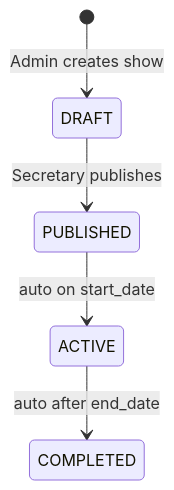
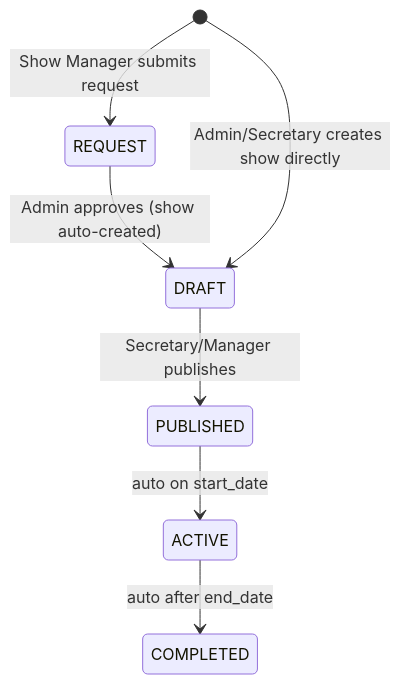
One commit to dhuber24/horse-show-results-app changed the second of 4 diagrams in Claude.md. Above: the diagram before and after it, drawn with Mermaid. The commit also changed other lines of this file and 37 other files, not shown here.

First line of the commit message:
Add Show Manager role, show request workflow, and APHA certification lookup

````diff
--- a/Claude.md
+++ b/Claude.md
@@ -220,7 +244,9 @@
 ```mermaid
 stateDiagram-v2
-    [*] --> DRAFT : Admin creates show
-    DRAFT --> PUBLISHED : Secretary publishes
+    [*] --> REQUEST : Show Manager submits request
+    REQUEST --> DRAFT : Admin approves (show auto-created)
+    [*] --> DRAFT : Admin/Secretary creates show directly
+    DRAFT --> PUBLISHED : Secretary/Manager publishes
     PUBLISHED --> ACTIVE : auto on start_date
     ACTIVE --> COMPLETED : auto after end_date
 ```
````
